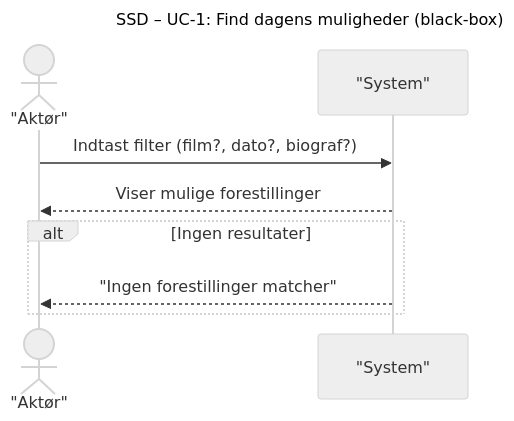
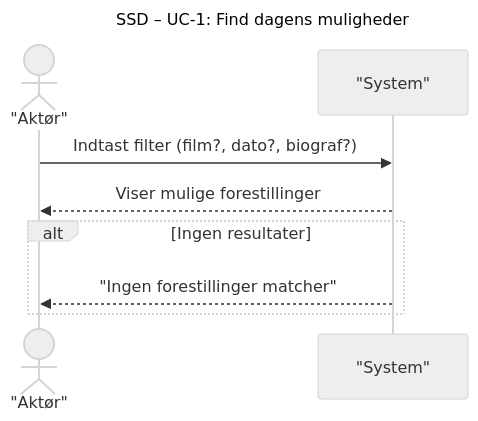
One commit to DMOoF25/TheMovie changed the diagram in docs/Scenarie 3 UC1/SSD S3 UC1.mmd. Above: the diagram before and after it, drawn with Mermaid (neutral theme).

Commit message:
Update SSD S3 UC1.mmd

```diff
--- a/docs/Scenarie 3 UC1/SSD S3 UC1.mmd
+++ b/docs/Scenarie 3 UC1/SSD S3 UC1.mmd
@@ -1,12 +1,12 @@
 sequenceDiagram
-  title SSD – UC-1: Find dagens muligheder (black-box)
+  title SSD – UC-1: Find dagens muligheder
 
 actor Staff as "Aktør"
 participant System as "System"
 
 Staff->>System: Indtast filter (film?, dato?, biograf?)
 System-->>Staff: Viser mulige forestillinger
 
 alt Ingen resultater
     System-->>Staff: "Ingen forestillinger matcher"
 end
```
